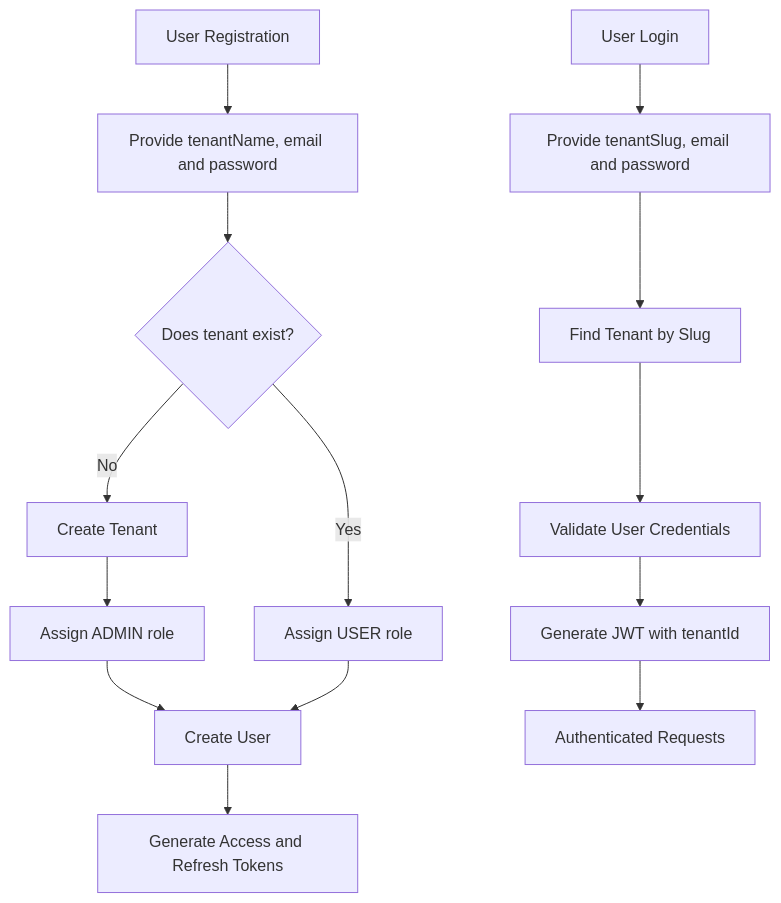
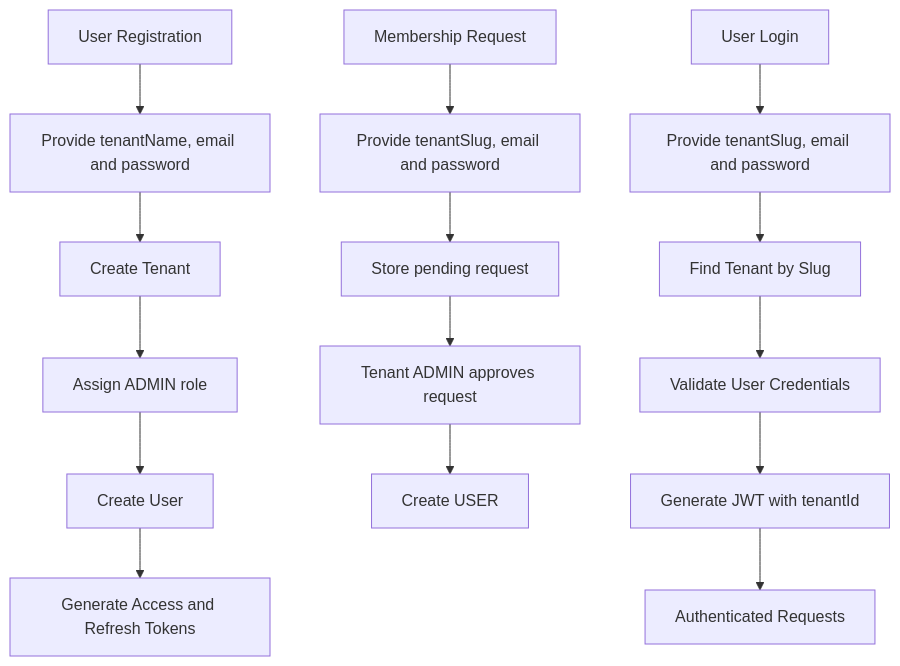
One commit to arlindofernandes/authservice changed the second of 3 diagrams in README.md. Above: the diagram before and after it, drawn with Mermaid. The commit also changed other lines of this file and 7 other files, not shown here.

````diff
--- a/README.md
+++ b/README.md
@@ -137,21 +141,19 @@
 ```mermaid
 flowchart TD
     A["User Registration"] --> B["Provide tenantName, email and password"]
-    B --> C{"Does tenant exist?"}
+    B --> C["Create Tenant"]
+    C --> D
+    D["Assign ADMIN role"] --> E["Create User"]
+    E --> F["Generate Access and Refresh Tokens"]
 
-    C -->|No| D["Create Tenant"]
-    D --> E["Assign ADMIN role"]
-
-    C -->|Yes| F["Assign USER role"]
-
-    E --> G["Create User"]
-    F --> G
-
-    G --> H["Generate Access and Refresh Tokens"]
+    O["Membership Request"] --> P["Provide tenantSlug, email and password"]
+    P --> Q["Store pending request"]
+    Q --> R["Tenant ADMIN approves request"]
+    R --> S["Create USER"]
 
     I["User Login"] --> J["Provide tenantSlug, email and password"]
     J --> K["Find Tenant by Slug"]
     K --> L["Validate User Credentials"]
     L --> M["Generate JWT with tenantId"]
     M --> N["Authenticated Requests"]
 ```
````
